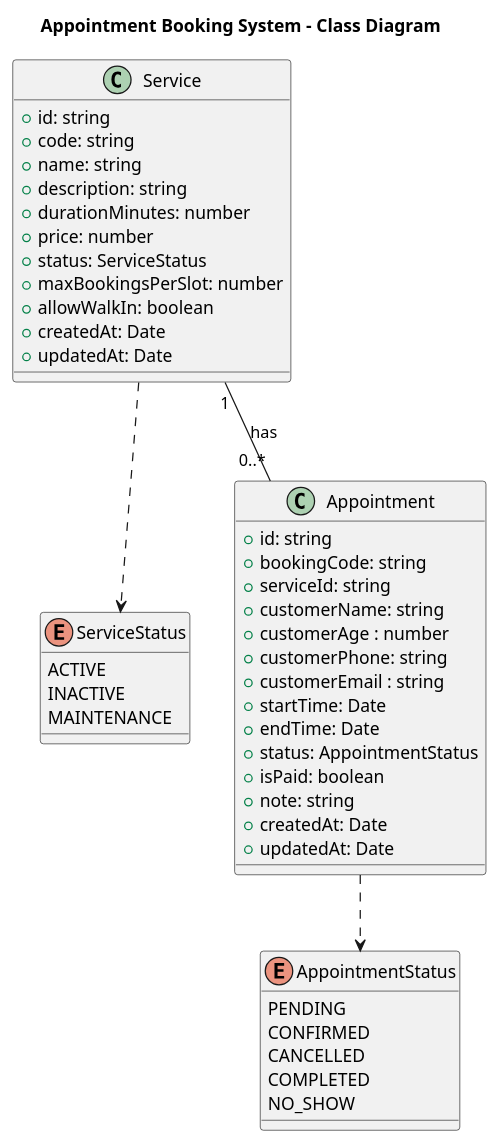
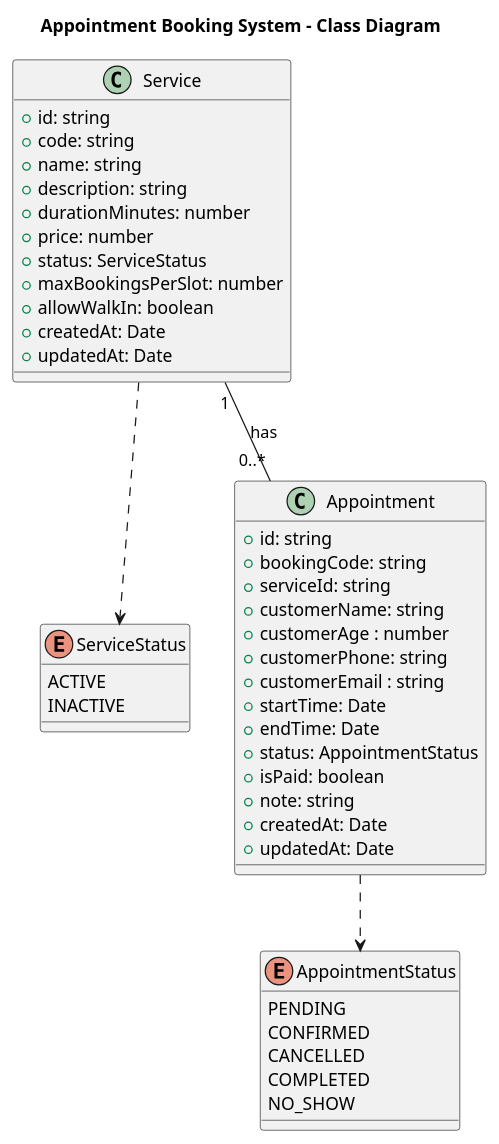
One commit to nxtcya/oop-typescript-final-project-2026 changed the diagram in docs/uml-diagram.puml. Above: the diagram before and after it, drawn with PlantUML. The commit also changed 1 other file, not shown here.

```diff
--- a/docs/uml-diagram.puml
+++ b/docs/uml-diagram.puml
@@ -1,55 +1,54 @@
 @startuml
 title Appointment Booking System - Class Diagram
 
 
 enum ServiceStatus {
   ACTIVE
   INACTIVE
-  MAINTENANCE
 }
 
 enum AppointmentStatus {
   PENDING
   CONFIRMED
   CANCELLED
   COMPLETED
   NO_SHOW
 }
 
 
 class Service {
   +id: string
   +code: string
   +name: string
   +description: string
   +durationMinutes: number
   +price: number
   +status: ServiceStatus
   +maxBookingsPerSlot: number
   +allowWalkIn: boolean
   +createdAt: Date
   +updatedAt: Date
 }
 
 class Appointment {
   +id: string
   +bookingCode: string
   +serviceId: string
   +customerName: string
   +customerAge : number
   +customerPhone: string
   +customerEmail : string 
   +startTime: Date
   +endTime: Date
   +status: AppointmentStatus
   +isPaid: boolean
   +note: string
   +createdAt: Date
   +updatedAt: Date
 }
 
 Service "1" -- "0..*" Appointment : has
 Service ..> ServiceStatus
 Appointment ..> AppointmentStatus
 
 @enduml
```
